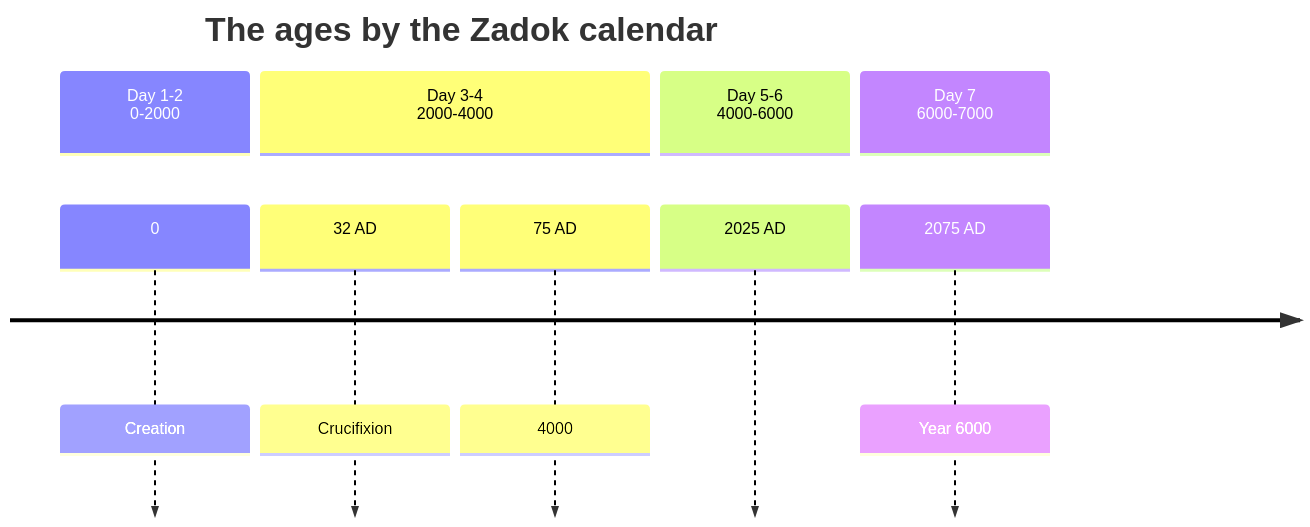
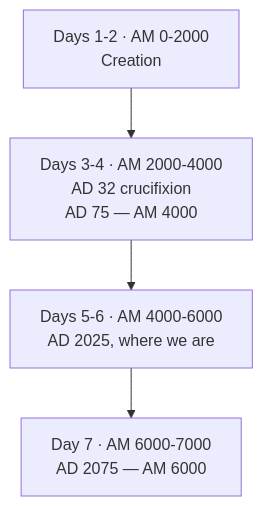
One commit to ding0t/bible_studies changed the diagram in docs/content/last-things/day-is-near.md. Above: the diagram before and after it, drawn with Mermaid. The commit also changed 4 other files, not shown here.

````diff
--- a/docs/content/last-things/day-is-near.md
+++ b/docs/content/last-things/day-is-near.md
@@ -127,14 +129,6 @@
 ```mermaid
-timeline
-        title The ages by the Zadok calendar
-        section Day 1-2 <br> 0-2000
-          0: Creation
-        section Day 3-4 <br> 2000-4000
-          32 AD : Crucifixion
-          75 AD : 4000
-        section Day 5-6<br> 4000-6000
-          2025 AD
-        section Day 7 <br> 6000-7000
-          2075 AD : Year 6000
-
+flowchart TD
+    A["Days 1-2 · AM 0-2000<br/>Creation"] --> B["Days 3-4 · AM 2000-4000<br/>AD 32 crucifixion<br/>AD 75 — AM 4000"]
+    B --> C["Days 5-6 · AM 4000-6000<br/>AD 2025, where we are"]
+    C --> D["Day 7 · AM 6000-7000<br/>AD 2075 — AM 6000"]
 ```
````
